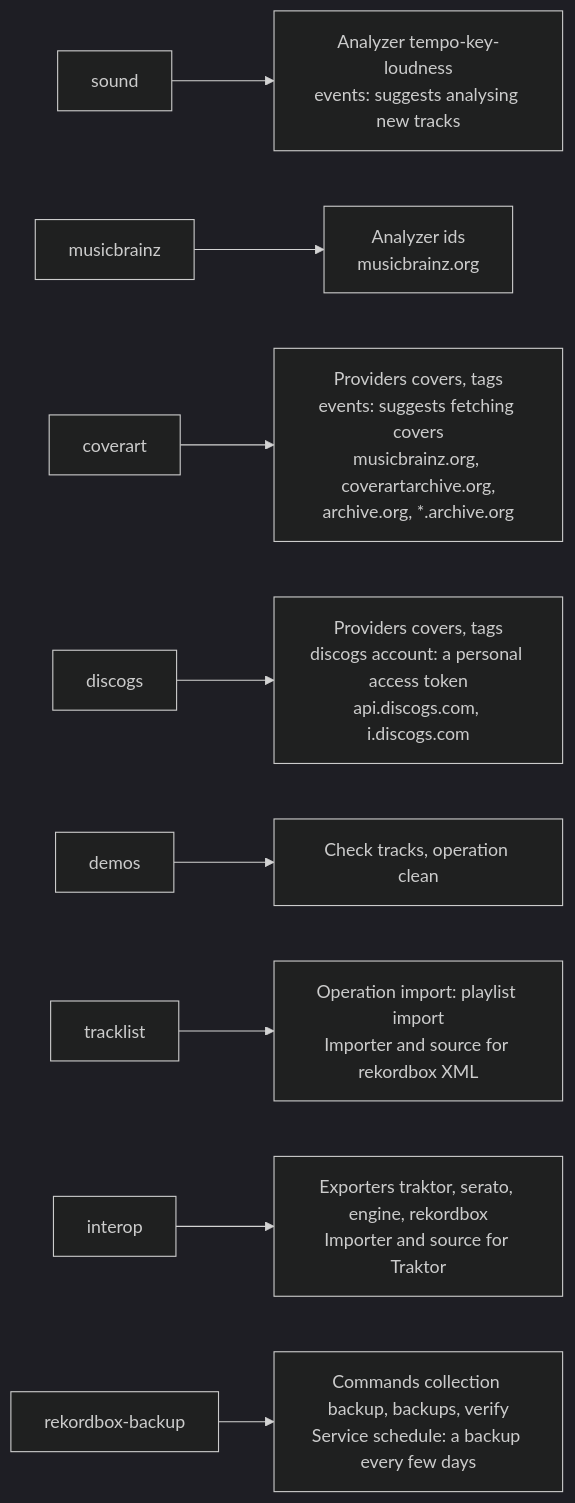
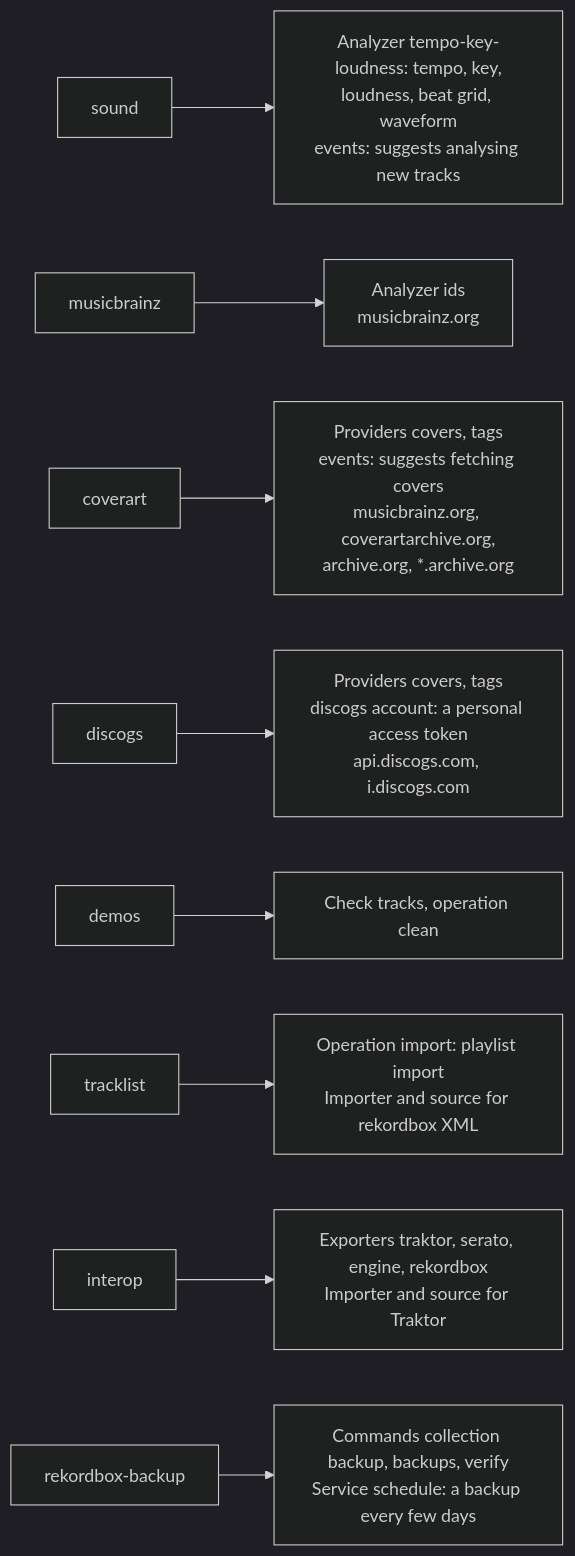
The second of 17 diagrams in apps/locallibrary/docs/diagrams/plugins.md (cutenode/localnetwork), drawn with Mermaid (dark theme) before and after one commit.

Commit message:
docs(locallibrary): the plugins diagram says what the sound analyzer works out
Linear: LOC-810

````diff
--- a/apps/locallibrary/docs/diagrams/plugins.md
+++ b/apps/locallibrary/docs/diagrams/plugins.md
@@ -60,11 +60,11 @@
 ```mermaid
 flowchart LR
-    sound["sound"] --> soundadds["Analyzer tempo-key-loudness<br/>events: suggests analysing new tracks"]
+    sound["sound"] --> soundadds["Analyzer tempo-key-loudness: tempo, key,<br/>loudness, beat grid, waveform<br/>events: suggests analysing new tracks"]
     musicbrainz["musicbrainz"] --> mbadds["Analyzer ids<br/>musicbrainz.org"]
     coverart["coverart"] --> coveradds["Providers covers, tags<br/>events: suggests fetching covers<br/>musicbrainz.org, coverartarchive.org,<br/>archive.org, *.archive.org"]
     discogs["discogs"] --> discogsadds["Providers covers, tags<br/>discogs account: a personal access token<br/>api.discogs.com, i.discogs.com"]
     demos["demos"] --> demoadds["Check tracks, operation clean"]
     tracklist["tracklist"] --> trackadds["Operation import: playlist import<br/>Importer and source for rekordbox XML"]
     interop["interop"] --> interopadds["Exporters traktor, serato, engine, rekordbox<br/>Importer and source for Traktor"]
     rekordboxbackup["rekordbox-backup"] --> rbadds["Commands collection backup, backups, verify<br/>Service schedule: a backup every few days"]
 ```
````
